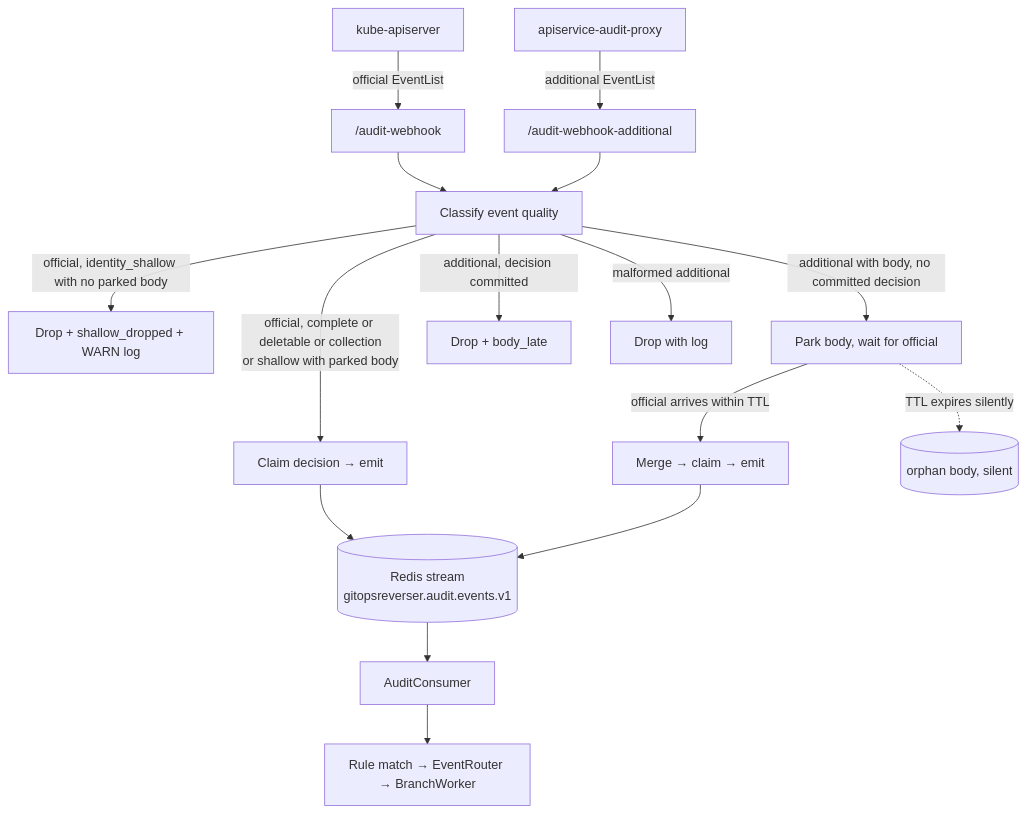
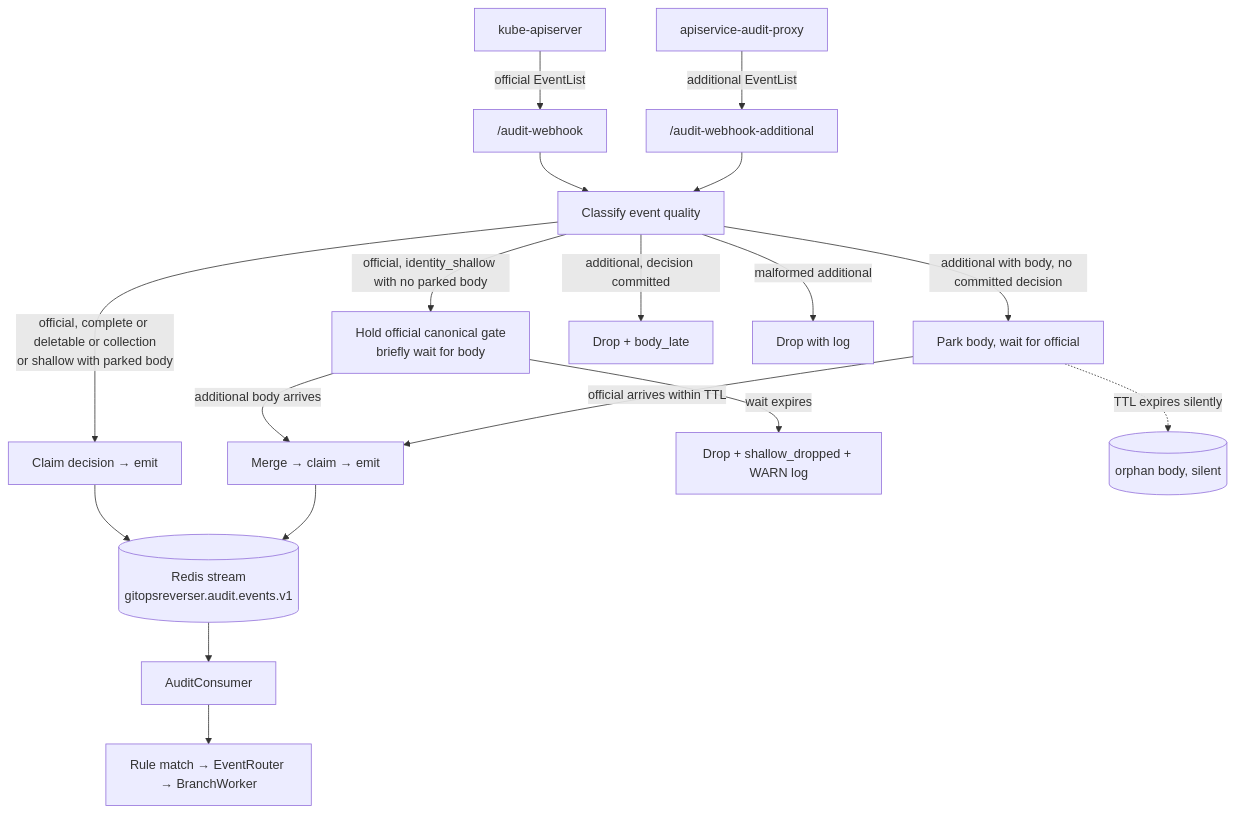
Before and after one commit to ConfigButler/gitops-reverser: the sixth of 7 diagrams in docs/architecture.md, drawn with Mermaid. The commit also changed other lines of this file and 13 other files, not shown here.

Commit message:
feat: support "offical_first" for situations where the offical kube-api audit events arrives slightly before the additional body event.

````diff
--- a/docs/architecture.md
+++ b/docs/architecture.md
@@ -551,22 +553,24 @@
 ```mermaid
 flowchart TD
     KAS[kube-apiserver] -->|official EventList| OFF["/audit-webhook"]
     PROXY[apiservice-audit-proxy] -->|additional EventList| ADD["/audit-webhook-additional"]
 
     OFF --> CLS[Classify event quality]
     ADD --> CLS
 
     CLS -->|official, complete or deletable or collection<br/>or shallow with parked body| CLM[Claim decision → emit]
-    CLS -->|official, identity_shallow with no parked body| DROP_S[Drop + shallow_dropped + WARN log]
+    CLS -->|official, identity_shallow with no parked body| WAIT_S[Hold official canonical gate<br/>briefly wait for body]
+    WAIT_S -->|additional body arrives| MERGE
+    WAIT_S -->|wait expires| DROP_S[Drop + shallow_dropped + WARN log]
     CLS -->|additional with body, no committed decision| PARK_A[Park body, wait for official]
     CLS -->|additional, decision committed| DROP_L[Drop + body_late]
     CLS -->|malformed additional| DROP_M[Drop with log]
 
     PARK_A -->|official arrives within TTL| MERGE[Merge → claim → emit]
     PARK_A -.->|TTL expires silently| ORPHAN[(orphan body, silent)]
 
     CLM --> STREAM[(Redis stream<br/>gitopsreverser.audit.events.v1)]
     MERGE --> STREAM
     STREAM --> CONS[AuditConsumer]
     CONS --> RULES[Rule match → EventRouter → BranchWorker]
 ```
````
